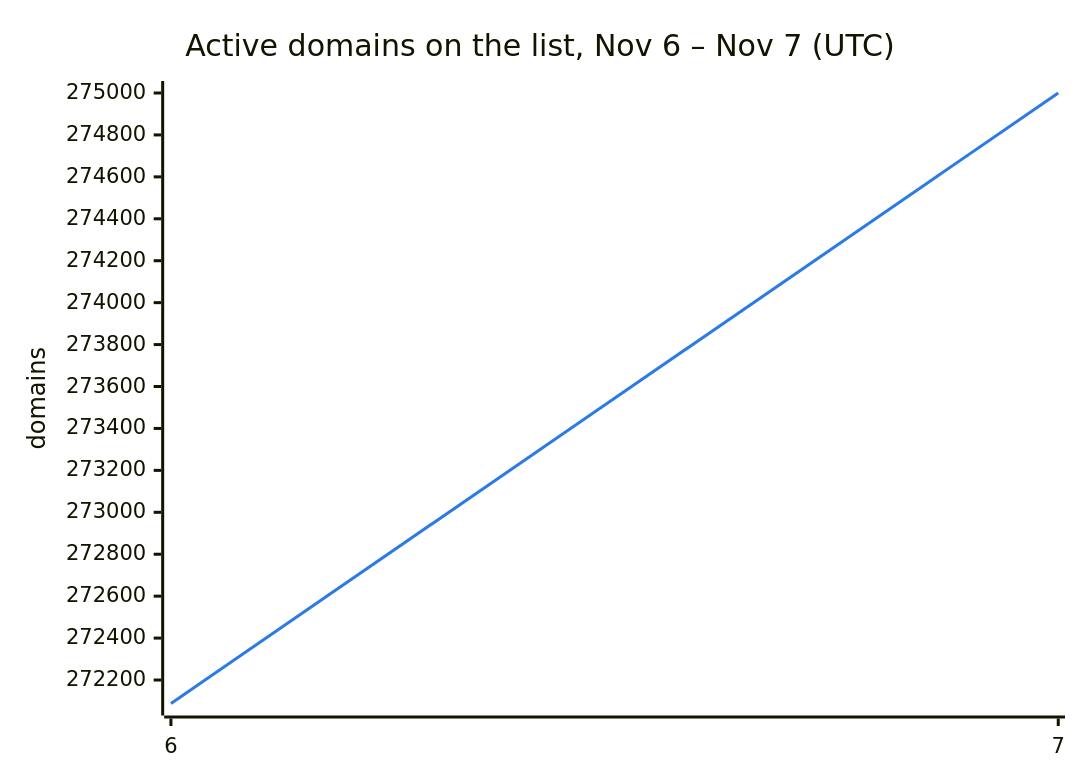
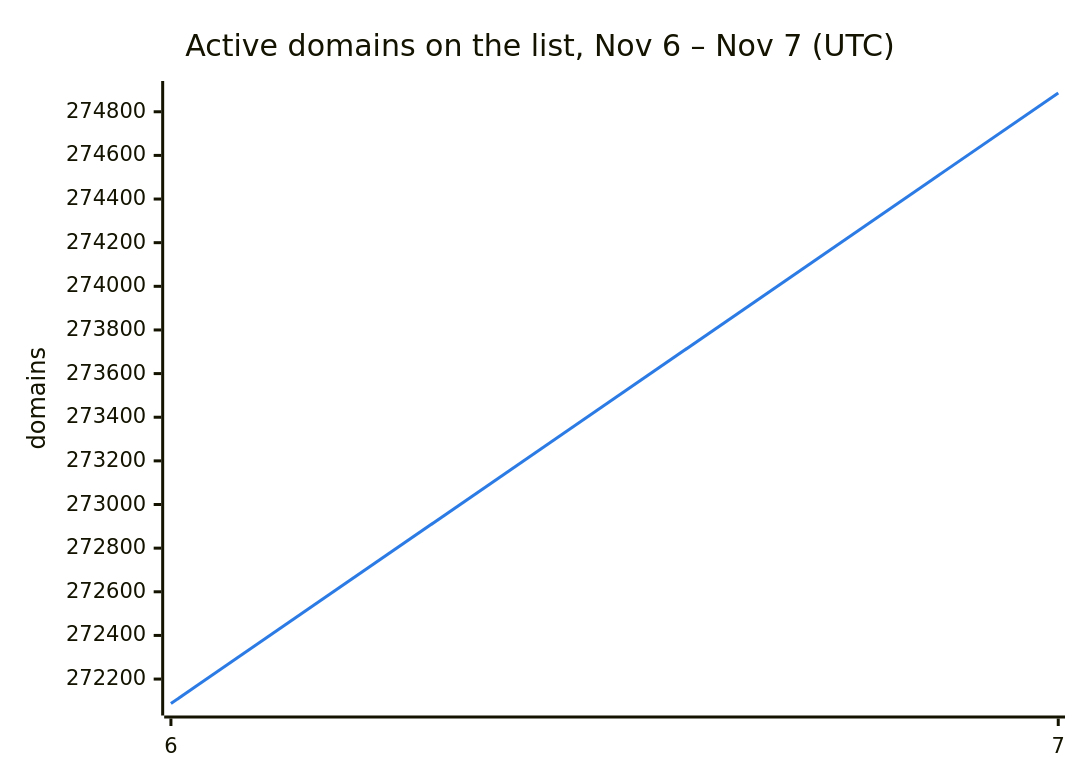
One commit to DNSBunker/CTI changed the second of 3 diagrams in README.md. Above: the diagram before and after it, drawn with Mermaid. The commit also changed other lines of this file and 3 other files, not shown here.

````diff
--- a/README.md
+++ b/README.md
@@ -38,8 +38,8 @@
 ```mermaid
 %%{init: {"themeVariables": {"xyChart": {"plotColorPalette": "#2c7be5"}}}}%%
 xychart-beta
     title "Active domains on the list, Nov 6 – Nov 7 (UTC)"
     x-axis ["6", "7"]
     y-axis "domains"
-    line [272088, 275000]
+    line [272088, 274886]
 ```
````
